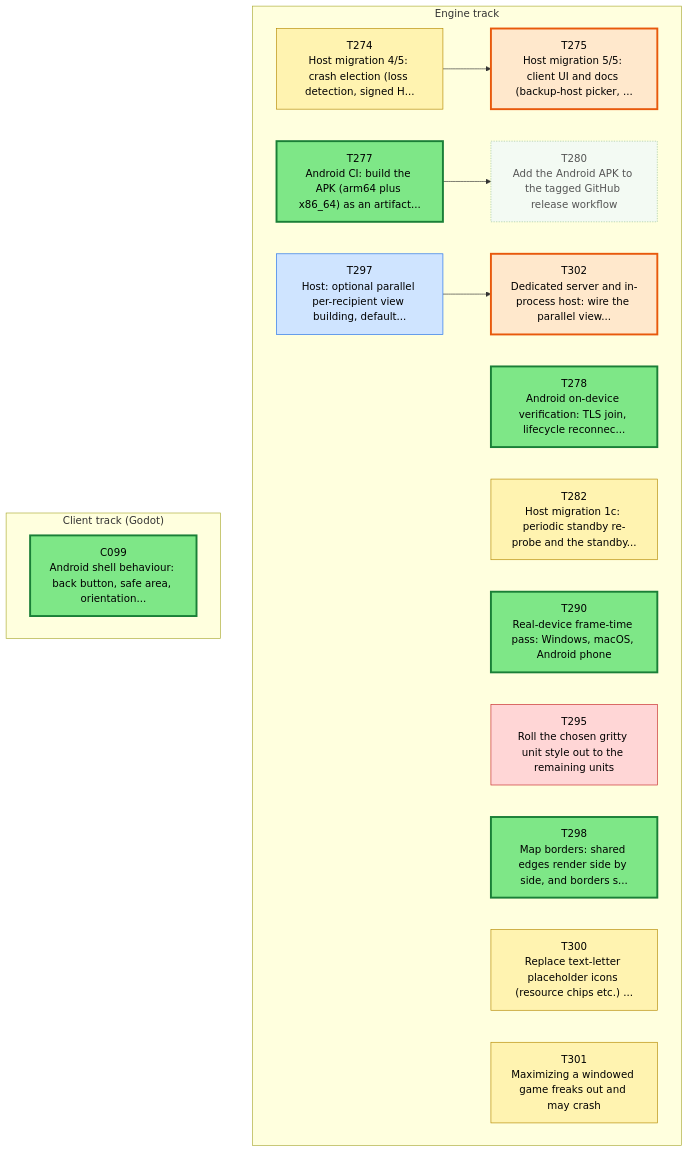
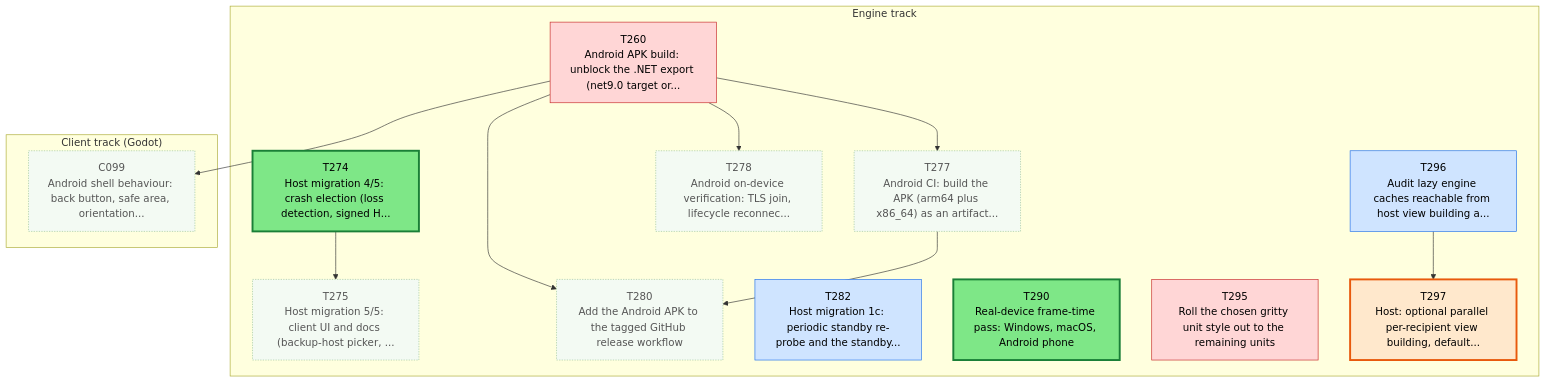
One commit to Kenmura/Unciv changed the first of 3 diagrams in csharp/migration/DEPENDENCY_MAP.md. Above: the diagram before and after it, drawn with Mermaid. The commit also changed other lines of this file and 18 other files, not shown here.

````diff
--- a/csharp/migration/DEPENDENCY_MAP.md
+++ b/csharp/migration/DEPENDENCY_MAP.md
@@ -35,45 +35,45 @@
 ```mermaid
 flowchart TD
   subgraph TTRACK["Engine track"]
+    T260["T260<br/>Android APK build: unblock the .NET export (net9.0 target or..."]
     T274["T274<br/>Host migration 4/5: crash election (loss detection, signed H..."]
     T275["T275<br/>Host migration 5/5: client UI and docs (backup-host picker, ..."]
     T277["T277<br/>Android CI: build the APK (arm64 plus x86_64) as an artifact..."]
     T278["T278<br/>Android on-device verification: TLS join, lifecycle reconnec..."]
     T280["T280<br/>Add the Android APK to the tagged GitHub release workflow"]
     T282["T282<br/>Host migration 1c: periodic standby re-probe and the standby..."]
     T290["T290<br/>Real-device frame-time pass: Windows, macOS, Android phone"]
     T295["T295<br/>Roll the chosen gritty unit style out to the remaining units"]
+    T296["T296<br/>Audit lazy engine caches reachable from host view building a..."]
     T297["T297<br/>Host: optional parallel per-recipient view building, default..."]
-    T298["T298<br/>Map borders: shared edges render side by side, and borders s..."]
-    T300["T300<br/>Replace text-letter placeholder icons (resource chips etc.) ..."]
-    T301["T301<br/>Maximizing a windowed game freaks out and may crash"]
-    T302["T302<br/>Dedicated server and in-process host: wire the parallel view..."]
   end
   subgraph CTRACK["Client track (Godot)"]
     C099["C099<br/>Android shell behaviour: back button, safe area, orientation..."]
   end
   T274 --> T275
+  T260 --> T277
+  T260 --> T278
+  T260 --> T280
   T277 --> T280
-  T297 --> T302
+  T296 --> T297
+  T260 --> C099
   classDef waiting fill:#f3faf3,stroke:#9bc49b,color:#555,stroke-dasharray:2 2
   classDef ondeck fill:#ffe8cc,stroke:#e8590c,stroke-width:3px,color:#000
   classDef ready fill:#7ee787,stroke:#1a7f37,stroke-width:3px,color:#000
   classDef prog fill:#fff3b0,stroke:#b58900,color:#000
   classDef review fill:#cfe4ff,stroke:#1f6feb,color:#000
   classDef blocked fill:#ffd6d6,stroke:#c62828,color:#000
   classDef done fill:#eeeeee,stroke:#999999,color:#666,stroke-dasharray:4 3
-  class C099 ready
-  class T274 prog
-  class T275 ondeck
-  class T277 ready
-  class T278 ready
+  class C099 waiting
+  class T260 blocked
+  class T274 ready
+  class T275 waiting
+  class T277 waiting
+  class T278 waiting
   class T280 waiting
-  class T282 prog
+  class T282 review
   class T290 ready
   class T295 blocked
-  class T297 review
-  class T298 ready
-  class T300 prog
-  class T301 prog
-  class T302 ondeck
+  class T296 review
+  class T297 ondeck
 ```
````
